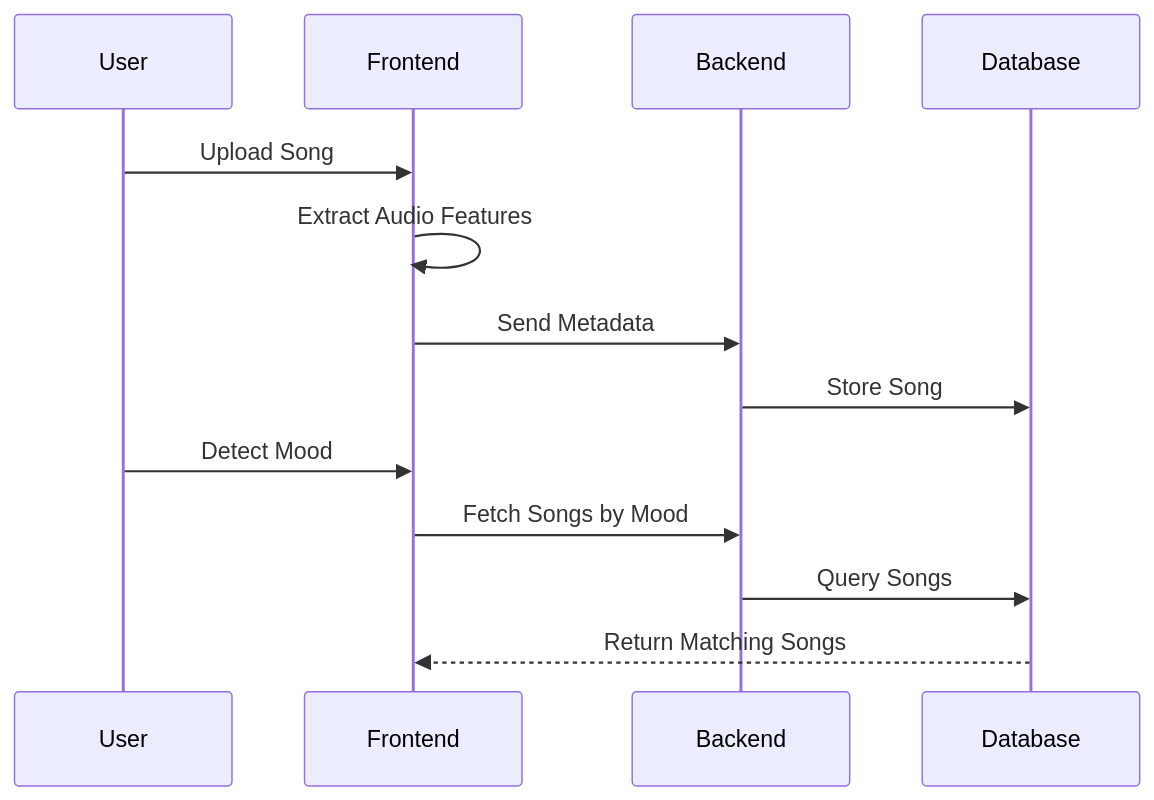
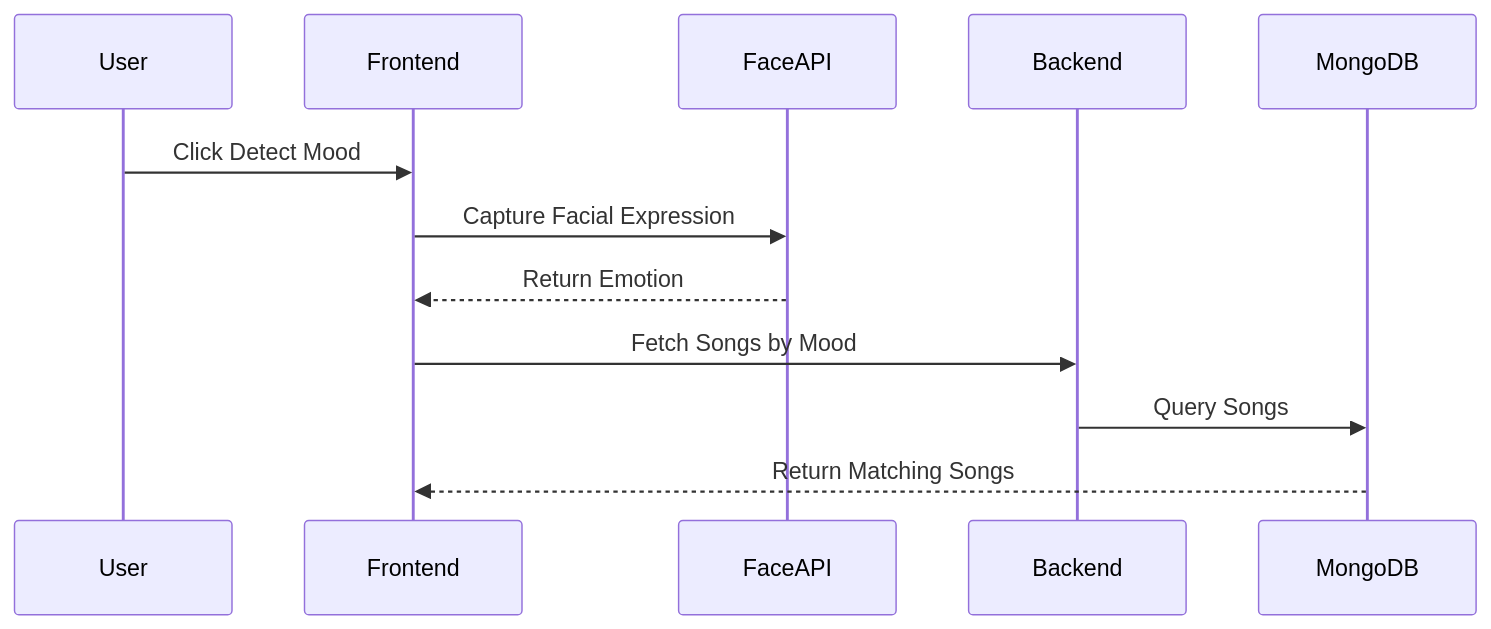
The third of 4 diagrams in README.md (masked-byte18/Moody-Player), drawn with Mermaid before and after one commit. The commit also changed other lines of this file, not shown here.

````diff
--- a/README.md
+++ b/README.md
@@ -129,17 +91,15 @@
 ```mermaid
 sequenceDiagram
     participant User
     participant Frontend
+    participant FaceAPI
     participant Backend
-    participant Database
+    participant MongoDB
 
-    User->>Frontend: Upload Song
-    Frontend->>Frontend: Extract Audio Features
-    Frontend->>Backend: Send Metadata
-    Backend->>Database: Store Song
-
-    User->>Frontend: Detect Mood
+    User->>Frontend: Click Detect Mood
+    Frontend->>FaceAPI: Capture Facial Expression
+    FaceAPI-->>Frontend: Return Emotion
     Frontend->>Backend: Fetch Songs by Mood
-    Backend->>Database: Query Songs
-    Database-->>Frontend: Return Matching Songs
+    Backend->>MongoDB: Query Songs
+    MongoDB-->>Frontend: Return Matching Songs
 ```
````
